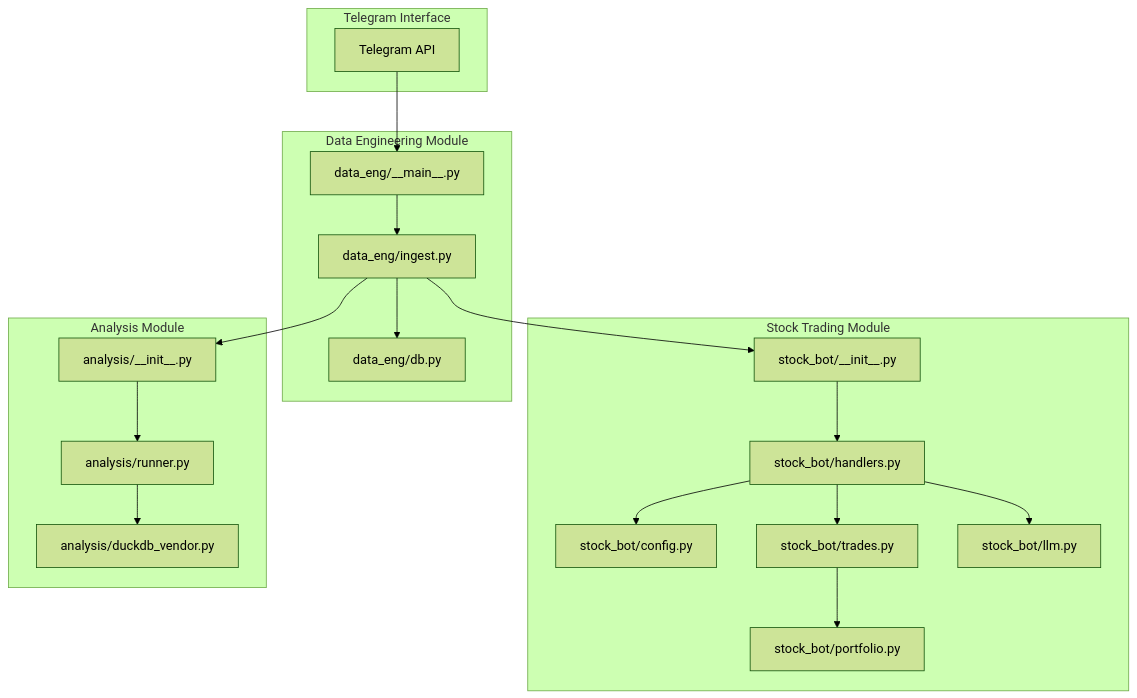
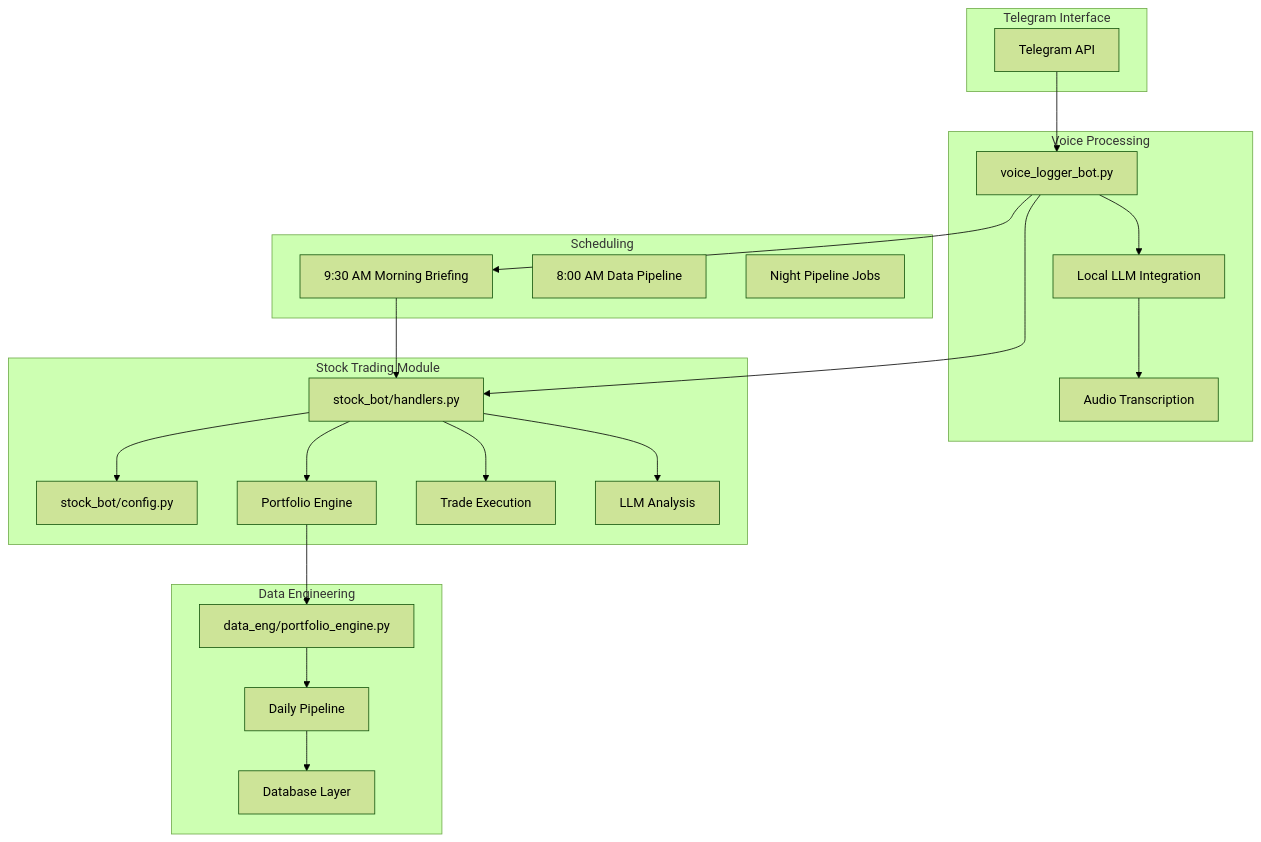
Before and after one commit to ZengSeng/telegram-bot: the first of 5 diagrams in .qoder/repowiki/en/content/Project Overview.md, drawn with Mermaid (forest theme). The commit also changed other lines of this file and 8 other files, not shown here.

````diff
--- a/.qoder/repowiki/en/content/Project Overview.md
+++ b/.qoder/repowiki/en/content/Project Overview.md
@@ -91,36 +83,41 @@
 ```mermaid
 graph TB
 subgraph "Telegram Interface"
 A["Telegram API"]
 end
-subgraph "Data Engineering Module"
-B["data_eng/__main__.py"]
-C["data_eng/ingest.py"]
-D["data_eng/db.py"]
+subgraph "Voice Processing"
+B["voice_logger_bot.py"]
+C["Local LLM Integration"]
+D["Audio Transcription"]
 end
 subgraph "Stock Trading Module"
-E["stock_bot/__init__.py"]
-F["stock_bot/handlers.py"]
-G["stock_bot/config.py"]
-H["stock_bot/trades.py"]
-I["stock_bot/portfolio.py"]
-J["stock_bot/llm.py"]
+E["stock_bot/handlers.py"]
+F["stock_bot/config.py"]
+G["Portfolio Engine"]
+H["Trade Execution"]
+I["LLM Analysis"]
 end
-subgraph "Analysis Module"
-K["analysis/__init__.py"]
-L["analysis/runner.py"]
-M["analysis/duckdb_vendor.py"]
+subgraph "Data Engineering"
+J["data_eng/portfolio_engine.py"]
+K["Daily Pipeline"]
+L["Database Layer"]
+end
+subgraph "Scheduling"
+M["9:30 AM Morning Briefing"]
+N["8:00 AM Data Pipeline"]
+O["Night Pipeline Jobs"]
 end
 A --> B
 B --> C
 C --> D
-C --> E
+B --> E
 E --> F
-F --> G
-F --> H
-H --> I
-F --> J
-C --> K
+E --> G
+G --> J
+J --> K
 K --> L
-L --> M
+B --> M
+M --> E
+E --> H
+E --> I
 ```
````
